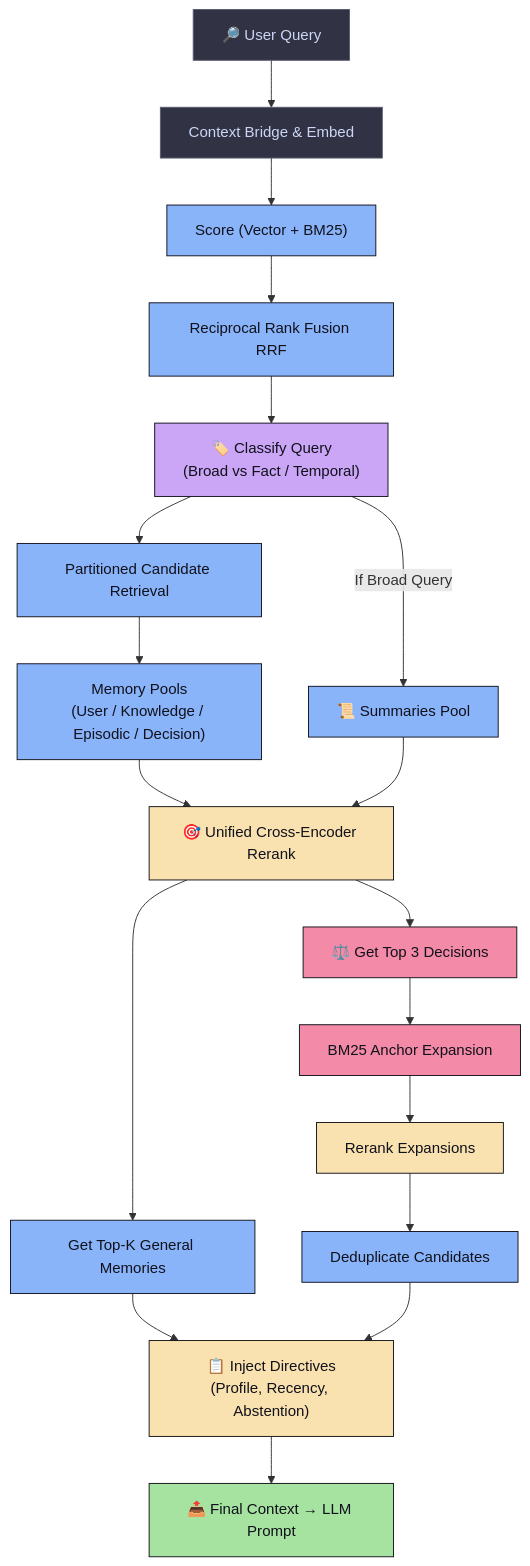
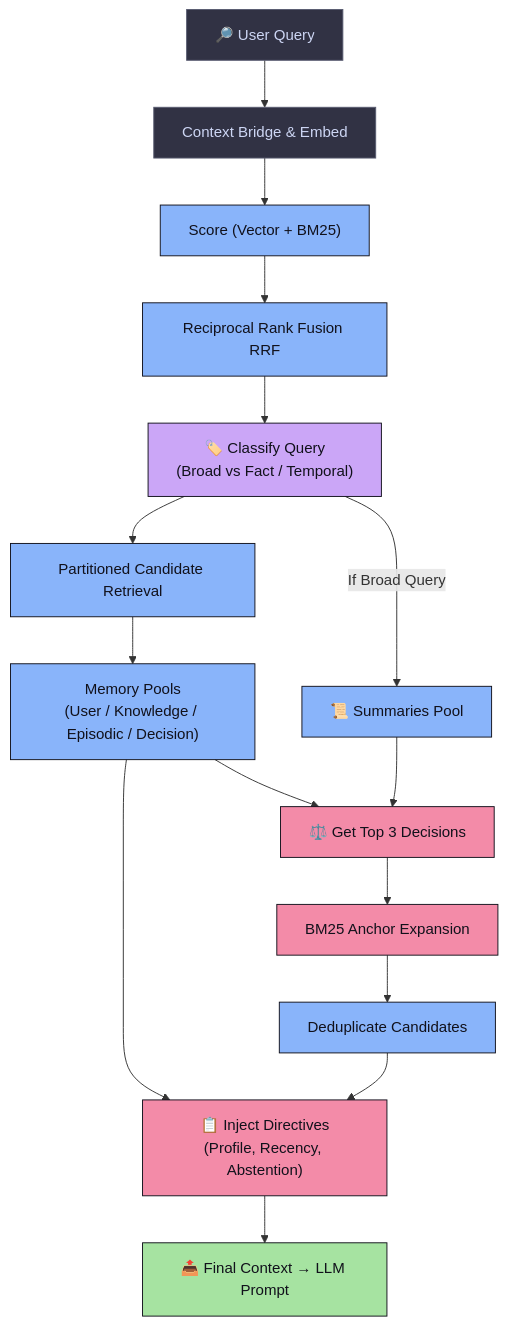
Before and after one commit to faisalhussain-devs/MindCache: the third of 3 diagrams in README.md, drawn with Mermaid. The commit also changed other lines of this file and 5 other files, not shown here.

````diff
--- a/README.md
+++ b/README.md
@@ -120,31 +120,25 @@
 ```mermaid
 flowchart TD
     classDef dark      fill:#313244,color:#cdd6f4,stroke:#585b70
     classDef llm       fill:#cba6f7,color:#11111b,stroke:#11111b
     classDef search    fill:#89b4fa,color:#11111b,stroke:#11111b
-    classDef rerank    fill:#f9e2af,color:#11111b,stroke:#11111b
     classDef anchor    fill:#f38ba8,color:#11111b,stroke:#11111b
     classDef green     fill:#a6e3a1,color:#11111b,stroke:#11111b
 
     Q["🔎 User Query"]:::dark --> A["Context Bridge & Embed"]:::dark
     A --> B["Score (Vector + BM25)"]:::search
     B --> C["Reciprocal Rank Fusion RRF"]:::search
     
     C --> D["🏷️ Classify Query\n(Broad vs Fact / Temporal)"]:::llm
     
     D --> E["Partitioned Candidate Retrieval"]:::search
     E --> F["Memory Pools\n(User / Knowledge / Episodic / Decision)"]:::search
     D -->|"If Broad Query"| G["📜 Summaries Pool"]:::search
     
-    F & G --> H["🎯 Unified Cross-Encoder Rerank"]:::rerank
+    F & G --> H["⚖️ Get Top 3 Decisions"]:::anchor
+    H --> I["BM25 Anchor Expansion"]:::anchor
+    I --> J["Deduplicate Candidates"]:::search
     
-    H --> I["⚖️ Get Top 3 Decisions"]:::anchor
-    H --> J["Get Top-K General Memories"]:::search
-    
-    I --> K["BM25 Anchor Expansion"]:::anchor
-    K --> L["Rerank Expansions"]:::rerank
-    L --> M["Deduplicate Candidates"]:::search
-    
-    J & M --> N["📋 Inject Directives\n(Profile, Recency, Abstention)"]:::rerank
-    N --> OUT["📤 Final Context → LLM Prompt"]:::green
+    F & J --> K["📋 Inject Directives\n(Profile, Recency, Abstention)"]:::anchor
+    K --> OUT["📤 Final Context → LLM Prompt"]:::green
 ```
````
